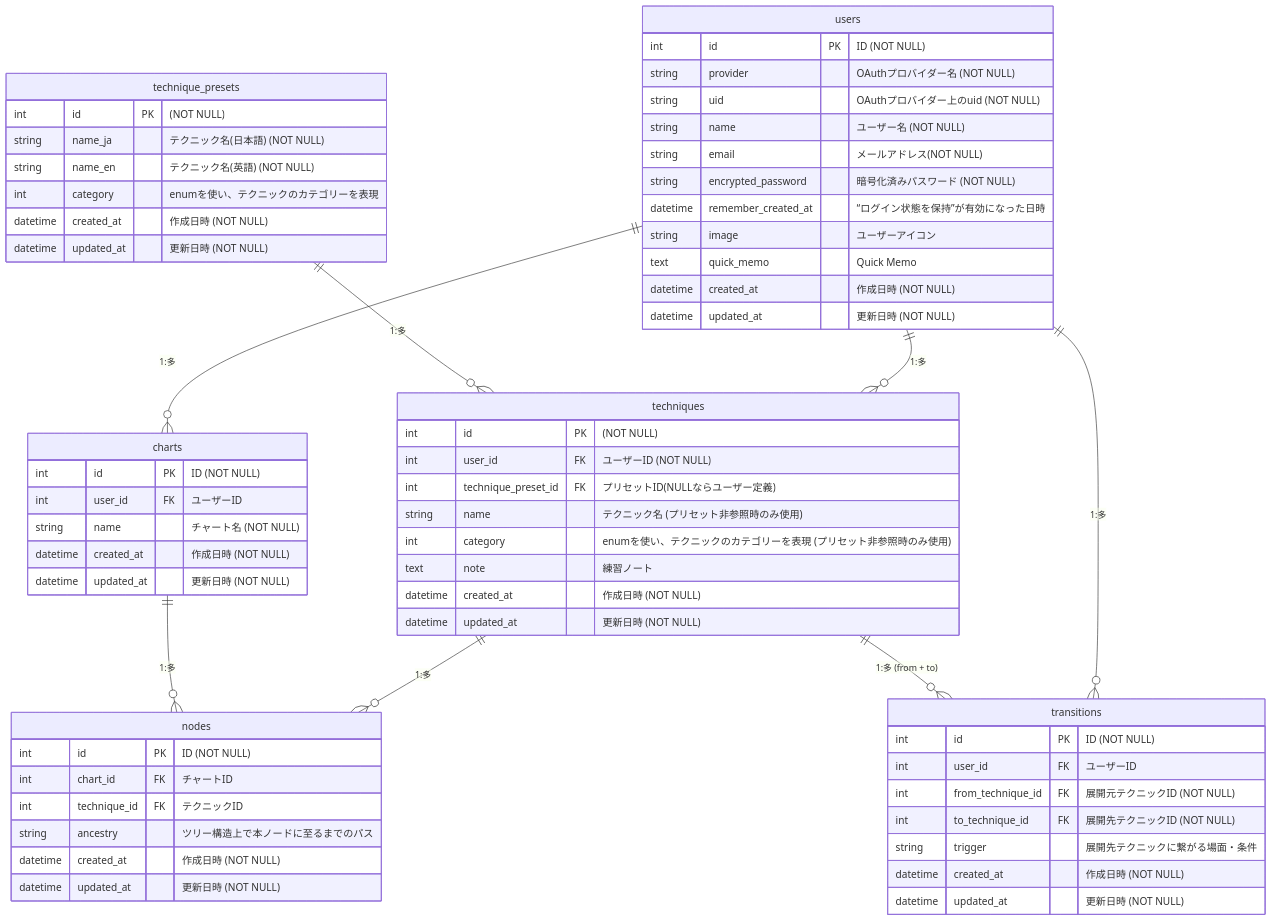
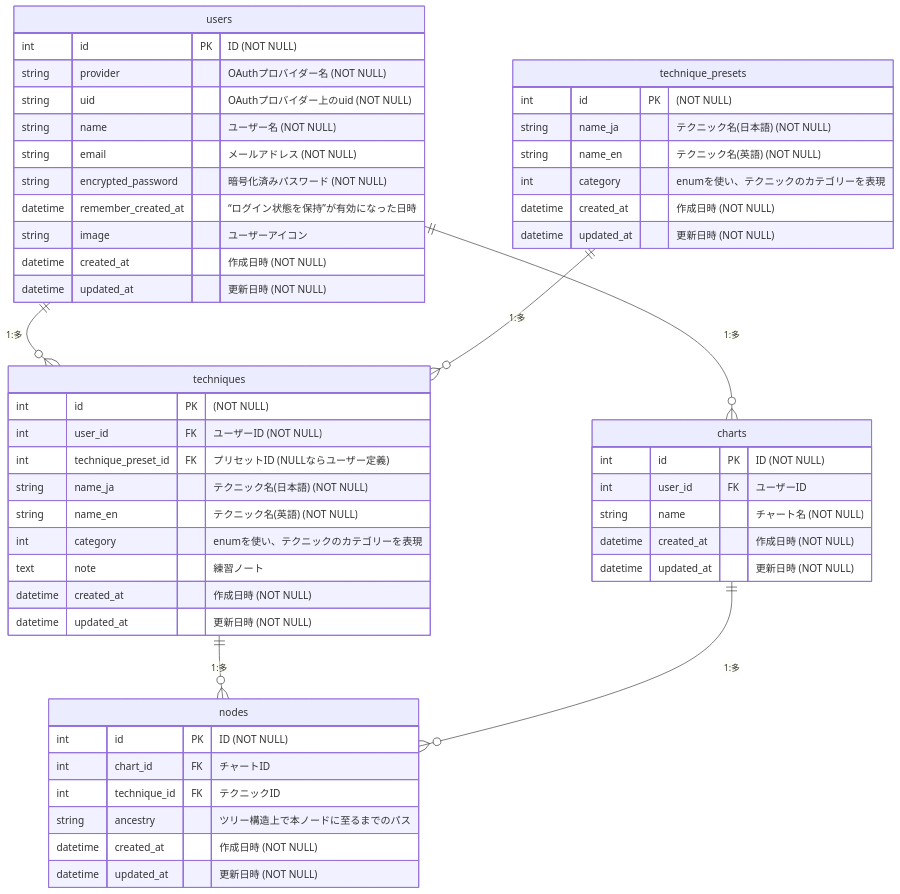
Before and after one commit to m-deura/bjj_flow_tracker: the diagram in README.md, drawn with Mermaid. The commit also changed other lines of this file, not shown here.

Commit message:
update: 現在の仕様に合わせてREADMEの記載を修正

````diff
--- a/README.md
+++ b/README.md
@@ -95,74 +95,62 @@
 ```mermaid
 erDiagram
   users {
     int id PK "ID (NOT NULL)"
     string provider "OAuthプロバイダー名 (NOT NULL)"
     string uid "OAuthプロバイダー上のuid (NOT NULL)"
     string name "ユーザー名 (NOT NULL)"
-    string email "メールアドレス(NOT NULL)"
+    string email "メールアドレス (NOT NULL)"
     string encrypted_password "暗号化済みパスワード (NOT NULL)"
     datetime remember_created_at "“ログイン状態を保持”が有効になった日時"
     string image "ユーザーアイコン"
-    text quick_memo "Quick Memo"
     datetime created_at "作成日時 (NOT NULL)"
     datetime updated_at "更新日時 (NOT NULL)"
   }
 
   techniques {
     int id PK "(NOT NULL)"
     int user_id FK "ユーザーID (NOT NULL)"
-    int technique_preset_id FK "プリセットID(NULLならユーザー定義)"
-    string name "テクニック名 (プリセット非参照時のみ使用)"
-    int category "enumを使い、テクニックのカテゴリーを表現 (プリセット非参照時のみ使用)"
+    int technique_preset_id FK "プリセットID (NULLならユーザー定義)"
+    string name_ja "テクニック名(日本語) (NOT NULL)"
+    string name_en "テクニック名(英語) (NOT NULL)"
+    int category "enumを使い、テクニックのカテゴリーを表現"
     text note "練習ノート"
     datetime created_at "作成日時 (NOT NULL)"
     datetime updated_at "更新日時 (NOT NULL)"
   }
 
   technique_presets {
     int id PK "(NOT NULL)"
     string name_ja "テクニック名(日本語) (NOT NULL)"
     string name_en "テクニック名(英語) (NOT NULL)"
     int category "enumを使い、テクニックのカテゴリーを表現"
-    datetime created_at "作成日時 (NOT NULL)"
-    datetime updated_at "更新日時 (NOT NULL)"
-  }
-
-  transitions {
-    int id PK "ID (NOT NULL)"
-    int user_id FK "ユーザーID"
-    int from_technique_id FK "展開元テクニックID (NOT NULL)"
-    int to_technique_id FK "展開先テクニックID (NOT NULL)"
-    string trigger "展開先テクニックに繋がる場面・条件"
     datetime created_at "作成日時 (NOT NULL)"
     datetime updated_at "更新日時 (NOT NULL)"
   }
 
   charts {
     int id PK "ID (NOT NULL)"
     int user_id FK "ユーザーID"
     string name "チャート名 (NOT NULL)"
     datetime created_at "作成日時 (NOT NULL)"
     datetime updated_at "更新日時 (NOT NULL)"
   }
 
   nodes {
     int id PK "ID (NOT NULL)"
     int chart_id FK "チャートID"
     int technique_id FK "テクニックID"
     string ancestry "ツリー構造上で本ノードに至るまでのパス"
     datetime created_at "作成日時 (NOT NULL)"
     datetime updated_at "更新日時 (NOT NULL)"
   }
 
   users ||--o{ techniques : "1:多"
   users ||--o{ charts : "1:多"
-  users ||--o{ transitions : "1:多"
 
   techniques ||--o{ nodes : "1:多"
-  techniques ||--o{ transitions : "1:多 (from + to)"
 
   technique_presets ||--o{ techniques : "1:多"
 
   charts ||--o{ nodes : "1:多"
 ```
````
